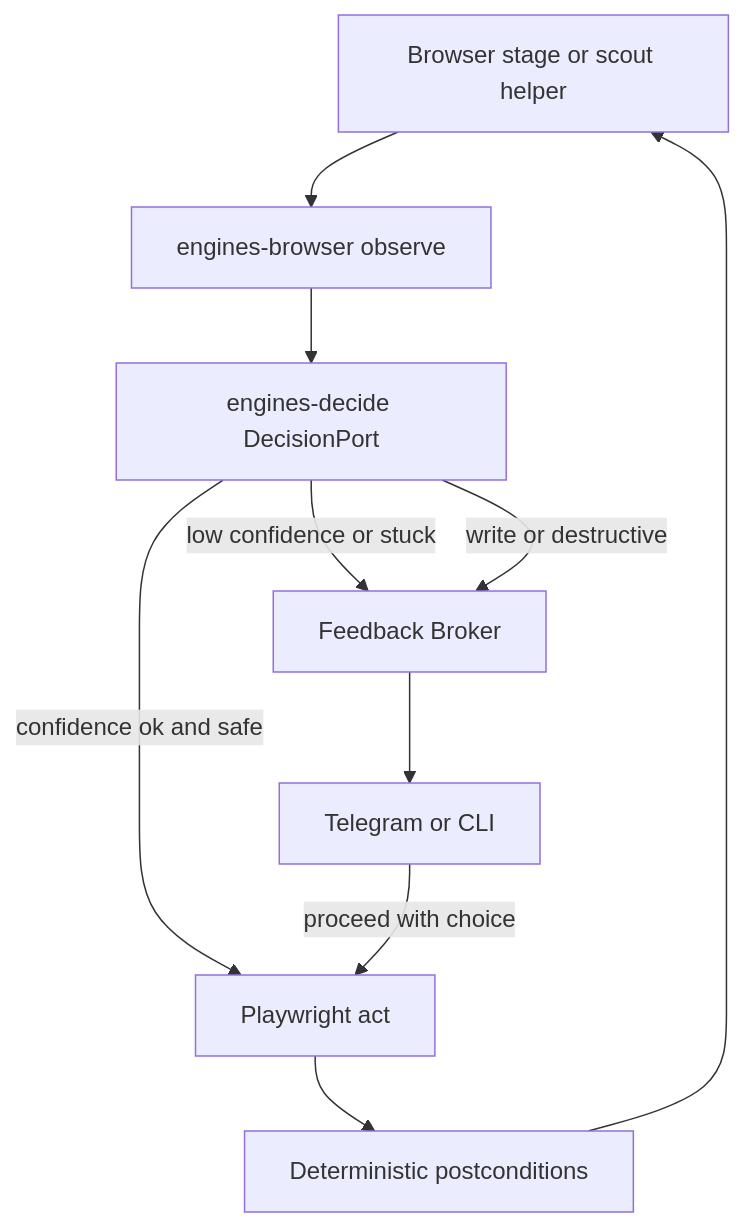
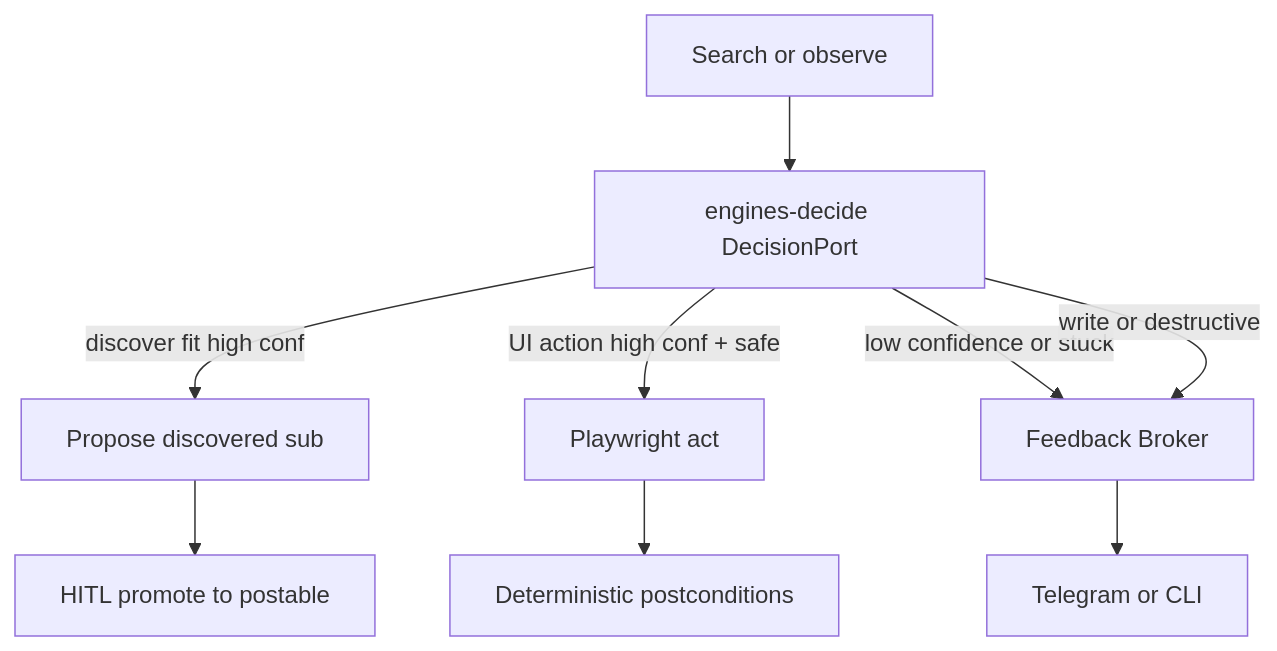
The diagram in .cursor/plans/jev_decide_integration_dd22a99c.plan.md (Rouche01/relay-os), drawn with Mermaid before and after one commit. The commit also changed other lines of this file and 15 other files, not shown here.

````diff
--- a/.cursor/plans/jev_decide_integration_dd22a99c.plan.md
+++ b/.cursor/plans/jev_decide_integration_dd22a99c.plan.md
@@ -59,16 +65,18 @@
 ```mermaid
 flowchart TD
-  stage[Browser stage or scout helper]
-  obs[engines-browser observe]
+  retrieve[Search or observe]
   decide[engines-decide DecisionPort]
+  propose[Propose discovered sub]
   act[Playwright act]
   verify[Deterministic postconditions]
   broker[Feedback Broker]
   human[Telegram or CLI]
+  promote[HITL promote to postable]
 
-  stage --> obs --> decide
-  decide -->|"confidence ok and safe"| act --> verify --> stage
+  retrieve --> decide
+  decide -->|"discover fit high conf"| propose
+  decide -->|"UI action high conf + safe"| act --> verify
   decide -->|"low confidence or stuck"| broker --> human
-  human -->|"proceed with choice"| act
+  propose --> promote
   decide -->|"write or destructive"| broker
 ```
````
